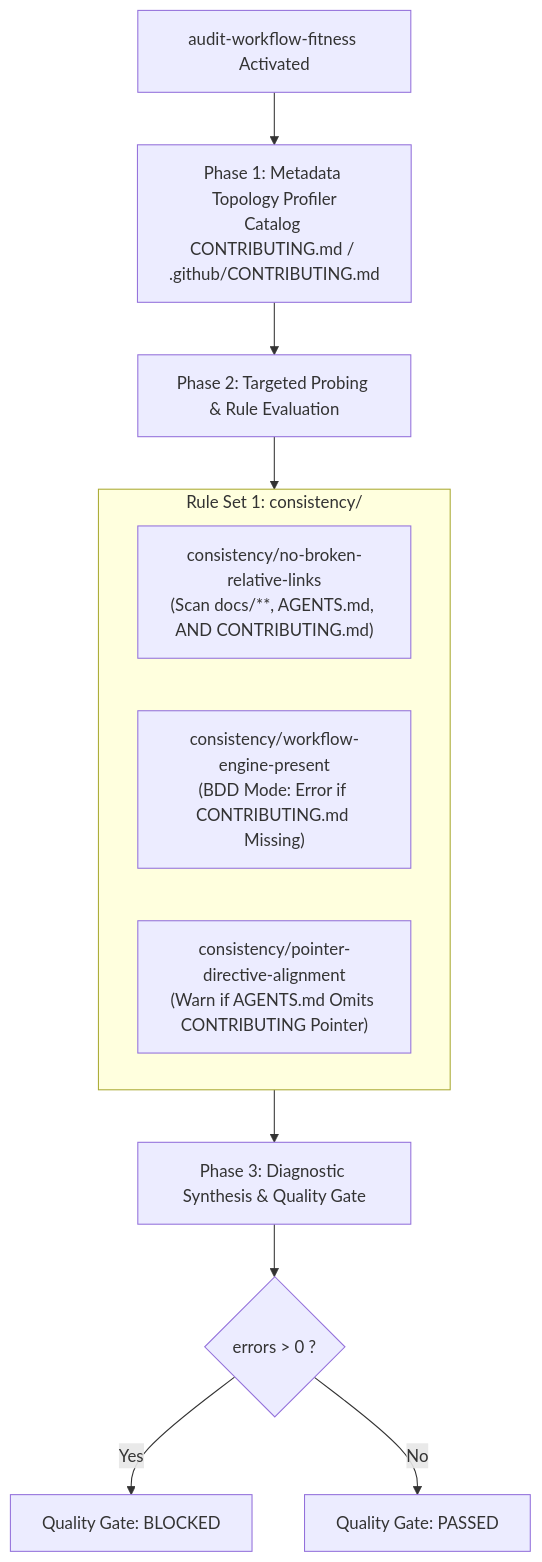
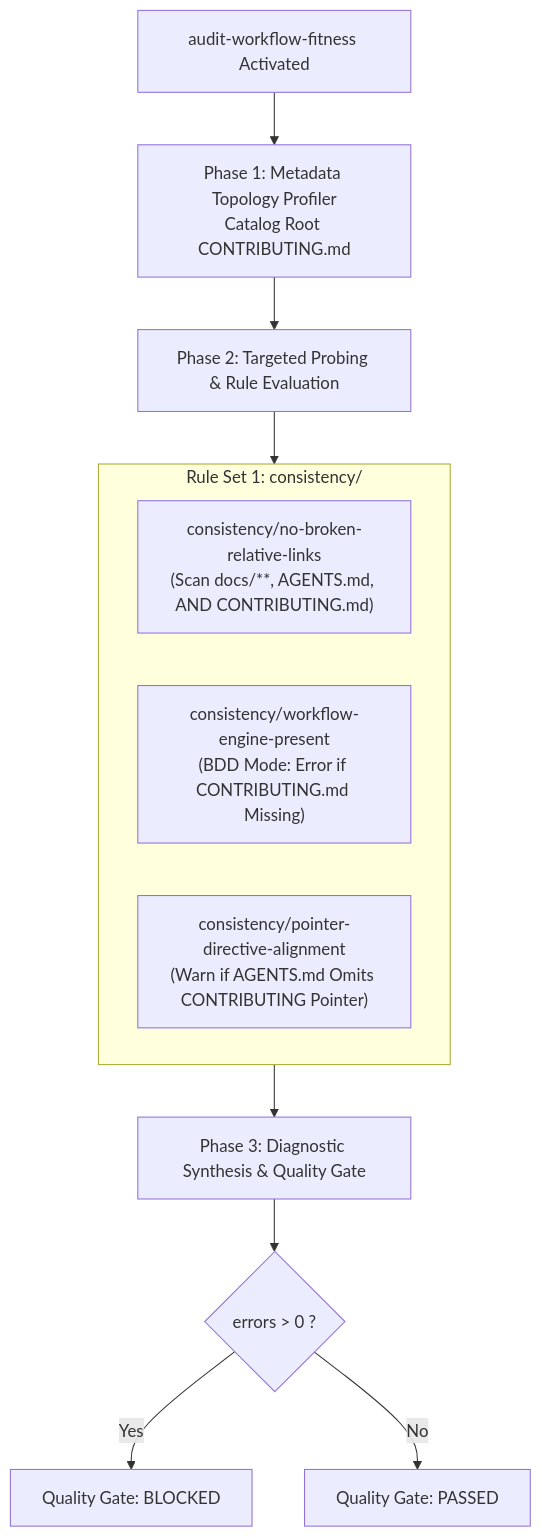
One commit to josudoey/skills changed the first of 2 diagrams in docs/progress/1.1/2-feature-audit-workflow-contributing-governance.md. Above: the diagram before and after it, drawn with Mermaid. The commit also changed other lines of this file and 1 other file, not shown here.

Commit message:
feat(audit-workflow): govern root CONTRIBUTING.md and agent pointer alignment

````diff
--- a/docs/progress/1.1/2-feature-audit-workflow-contributing-governance.md
+++ b/docs/progress/1.1/2-feature-audit-workflow-contributing-governance.md
@@ -10,17 +10,17 @@
 ```mermaid
 flowchart TD
-    Trigger["audit-workflow-fitness Activated"] --> P1["Phase 1: Metadata Topology Profiler\nCatalog CONTRIBUTING.md / .github/CONTRIBUTING.md"]
+    Trigger["audit-workflow-fitness Activated"] --> P1["Phase 1: Metadata Topology Profiler\nCatalog Root CONTRIBUTING.md"]
     P1 --> P2["Phase 2: Targeted Probing & Rule Evaluation"]
     
     subgraph ConsistencyRules["Rule Set 1: consistency/"]
         R1["consistency/no-broken-relative-links\n(Scan docs/**, AGENTS.md, AND CONTRIBUTING.md)"]
         R2["consistency/workflow-engine-present\n(BDD Mode: Error if CONTRIBUTING.md Missing)"]
         R3["consistency/pointer-directive-alignment\n(Warn if AGENTS.md Omits CONTRIBUTING Pointer)"]
     end
     
     P2 --> ConsistencyRules
     ConsistencyRules --> P3["Phase 3: Diagnostic Synthesis & Quality Gate"]
     P3 --> Gate{"errors > 0 ?"}
     Gate -- "Yes" --> Blocked["Quality Gate: BLOCKED"]
     Gate -- "No" --> Passed["Quality Gate: PASSED"]
 ```
````
